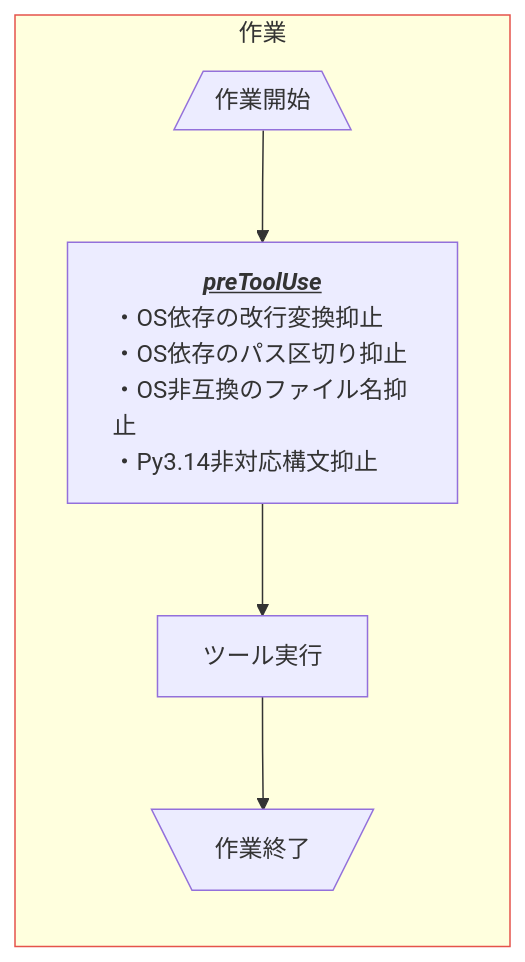
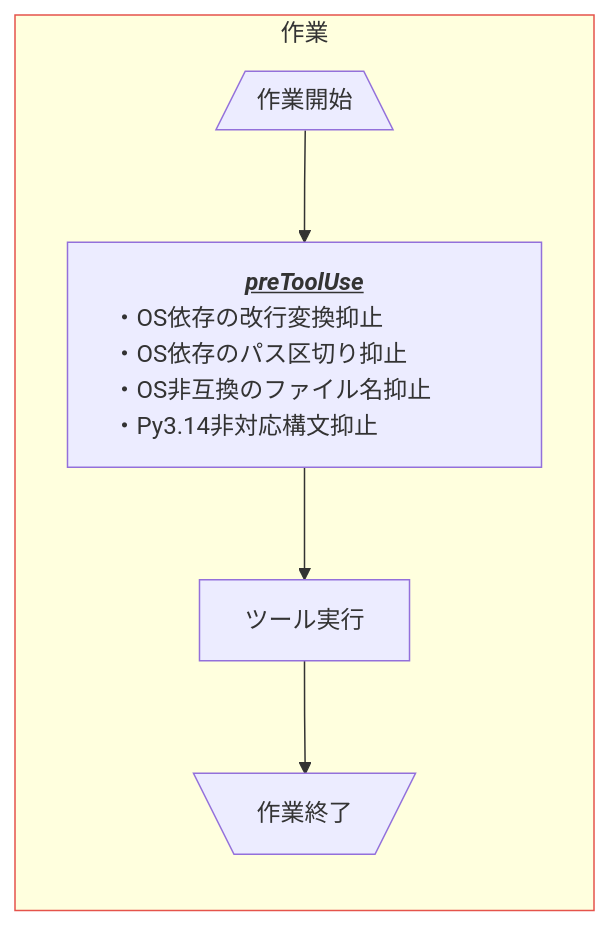
Before and after one commit to Widthdom/GHCAgentRefinement: the diagram in .github/-repo-README.md, drawn with Mermaid. The commit also changed 1 other file, not shown here.

Commit message:
mermaid図のイベントnodeの幅とフォントサイズを指定

````diff
--- a/.github/-repo-README.md
+++ b/.github/-repo-README.md
@@ -15,18 +15,18 @@
 ```mermaid
 flowchart LR
 
     LoopStart[/作業開始\]
 
-    preToolUse["<b><i><u>preToolUse</u></i></b><br/><div style='text-align: left'>・OS依存の改行変換抑止<br/>・OS依存のパス区切り抑止<br/>・OS非互換のファイル名抑止<br/>・Py3.14非対応構文抑止</div>"]
+    preToolUse["<b><i><u>preToolUse</u></i></b><br/><div style='text-align: left; width: 256px; font-size: 16px'>・OS依存の改行変換抑止<br/>・OS依存のパス区切り抑止<br/>・OS非互換のファイル名抑止<br/>・Py3.14非対応構文抑止</div>"]
 
     runTool["ツール実行"]
 
     LoopEnd[\作業終了/]
 
     subgraph workDetail["作業"]
         direction TB
         LoopStart --> preToolUse --> runTool --> LoopEnd
     end
 
     style workDetail stroke:#e5534b
 ```
````
